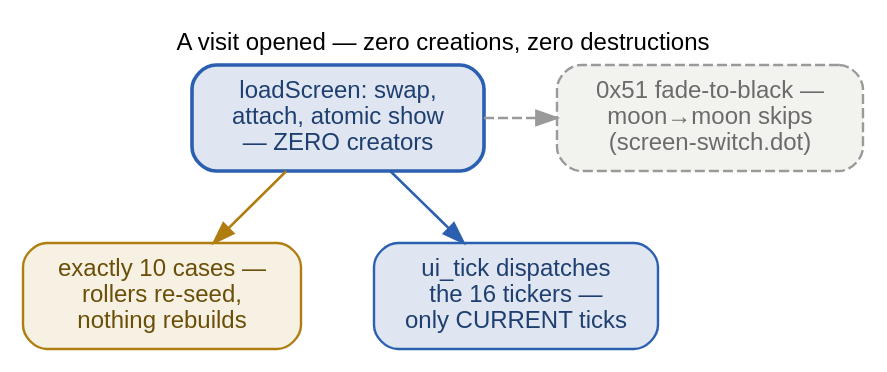
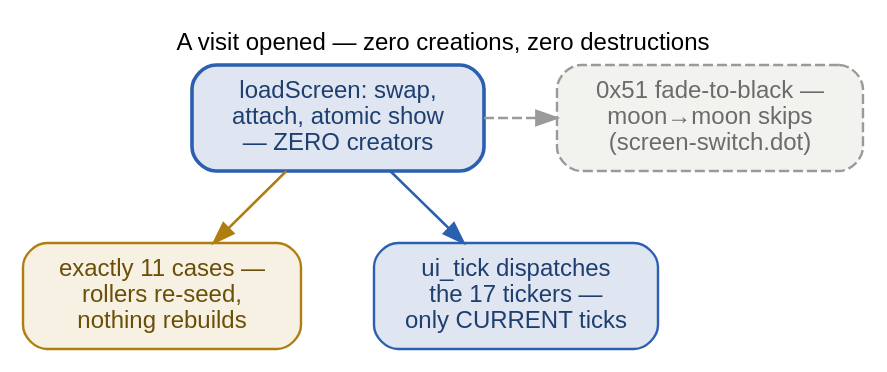
One commit to ukos-git/moon-clock-esp changed the diagram in docs/_graphs/screen-population-visit.dot. Above: the diagram before and after it, drawn with Graphviz. The commit also changed 44 other files, not shown here.

```diff
--- a/docs/_graphs/screen-population-visit.dot
+++ b/docs/_graphs/screen-population-visit.dot
@@ -1,35 +1,35 @@
 // A VISIT opened: what a screen switch costs — which is nothing.
 // loadScreen contains no creator call (the twin parser dies if one
-// ever appears), the ten sub-screens pay at most an entry refresh,
+// ever appears), the eleven sub-screens pay at most an entry refresh,
 // and only the current screen's ticker runs per frame. Every line
 // ref and quote sits in the page caption; the counts are re-derived
 // by docs/tools/gen_perf_assembly.py. The population in black boxes
 // is docs/_graphs/screen-population.dot (this page); the city is
 // screen-population-city.dot; the fade is docs/_graphs/screen-switch
 // .dot. FONTS: 12 pt = the page's 16 px body text at 1:1 — kept
 // inside the content column.
 // Rendered inline as SVG by sphinx.ext.graphviz (dot on PATH).
 digraph screen_population_visit {
     rankdir=TB;
     label="A visit opened — zero creations, zero destructions";
     labelloc="t"; labeljust="c";
     fontname="Helvetica"; fontsize=12;
     graph [nodesep=0.5, ranksep=0.5];
     node [fontname="Helvetica", fontsize=12, shape=box, style="rounded,filled",
           width=0, height=0, margin="0.16,0.10", fillcolor="#f2f2ef",
           color="#525252", penwidth=1.2];
     edge [fontname="Helvetica", fontsize=12, color="#8a8a8a", penwidth=1.3];
 
     load [label="loadScreen: swap,\nattach, atomic show\n— ZERO creators",
           fillcolor="#dfe6f1", color="#2b5fb0", fontcolor="#1e3f70", penwidth=1.8];
-    refresh [label="exactly 10 cases —\nrollers re-seed,\nnothing rebuilds",
+    refresh [label="exactly 11 cases —\nrollers re-seed,\nnothing rebuilds",
               fillcolor="#f6f1e2", color="#b07d10", fontcolor="#6b4e08"];
-    tick [label="ui_tick dispatches\nthe 16 tickers —\nonly CURRENT ticks",
+    tick [label="ui_tick dispatches\nthe 17 tickers —\nonly CURRENT ticks",
           fillcolor="#dfe6f1", color="#2b5fb0", fontcolor="#1e3f70"];
     fade [label="0x51 fade-to-black —\nmoon→moon skips\n(screen-switch.dot)",
           style="rounded,filled,dashed", color="#9a9a9a", fontcolor="#6b6b6b"];
 
     load -> refresh [color="#b07d10", fontcolor="#6b4e08"];
     load -> tick [color="#2b5fb0", fontcolor="#1e3f70"];
     load -> fade [style=dashed, color="#9a9a9a", constraint=false];
 }
```
